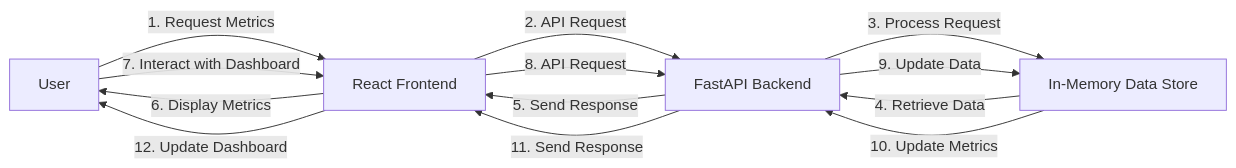
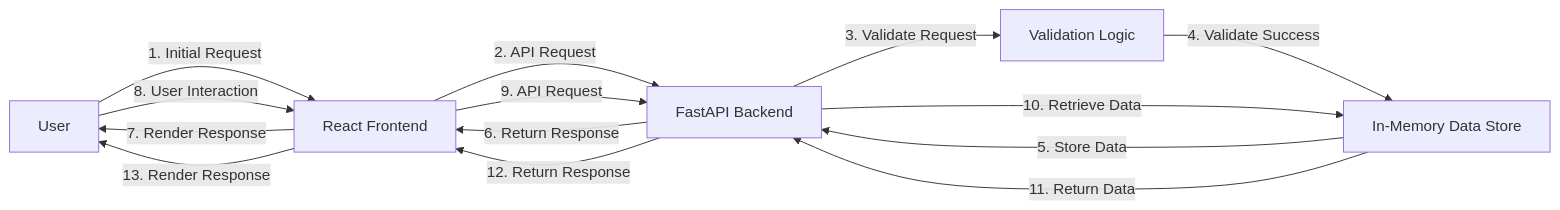
The diagram in PROJECT_DOC.md (coddyieee-sketch/ram-weather-optimizer-tool), drawn with Mermaid before and after one commit. The commit also changed other lines of this file and 5 other files, not shown here.

````diff
--- a/PROJECT_DOC.md
+++ b/PROJECT_DOC.md
@@ -8,15 +8,16 @@
 ```mermaid
 graph LR
-    A[User] -->|1. Request Metrics| B[React Frontend]
+    A[User] -->|1. Initial Request| B[React Frontend]
     B -->|2. API Request| C[FastAPI Backend]
-    C -->|3. Process Request| D[In-Memory Data Store]
-    D -->|4. Retrieve Data| C
-    C -->|5. Send Response| B
-    B -->|6. Display Metrics| A
-    A -->|7. Interact with Dashboard| B
-    B -->|8. API Request| C
-    C -->|9. Update Data| D
-    D -->|10. Update Metrics| C
-    C -->|11. Send Response| B
-    B -->|12. Update Dashboard| A
+    C -->|3. Validate Request| D[Validation Logic]
+    D -->|4. Validate Success| E[In-Memory Data Store]
+    E -->|5. Store Data| C
+    C -->|6. Return Response| B
+    B -->|7. Render Response| A
+    A -->|8. User Interaction| B
+    B -->|9. API Request| C
+    C -->|10. Retrieve Data| E
+    E -->|11. Return Data| C
+    C -->|12. Return Response| B
+    B -->|13. Render Response| A
 ```
````
